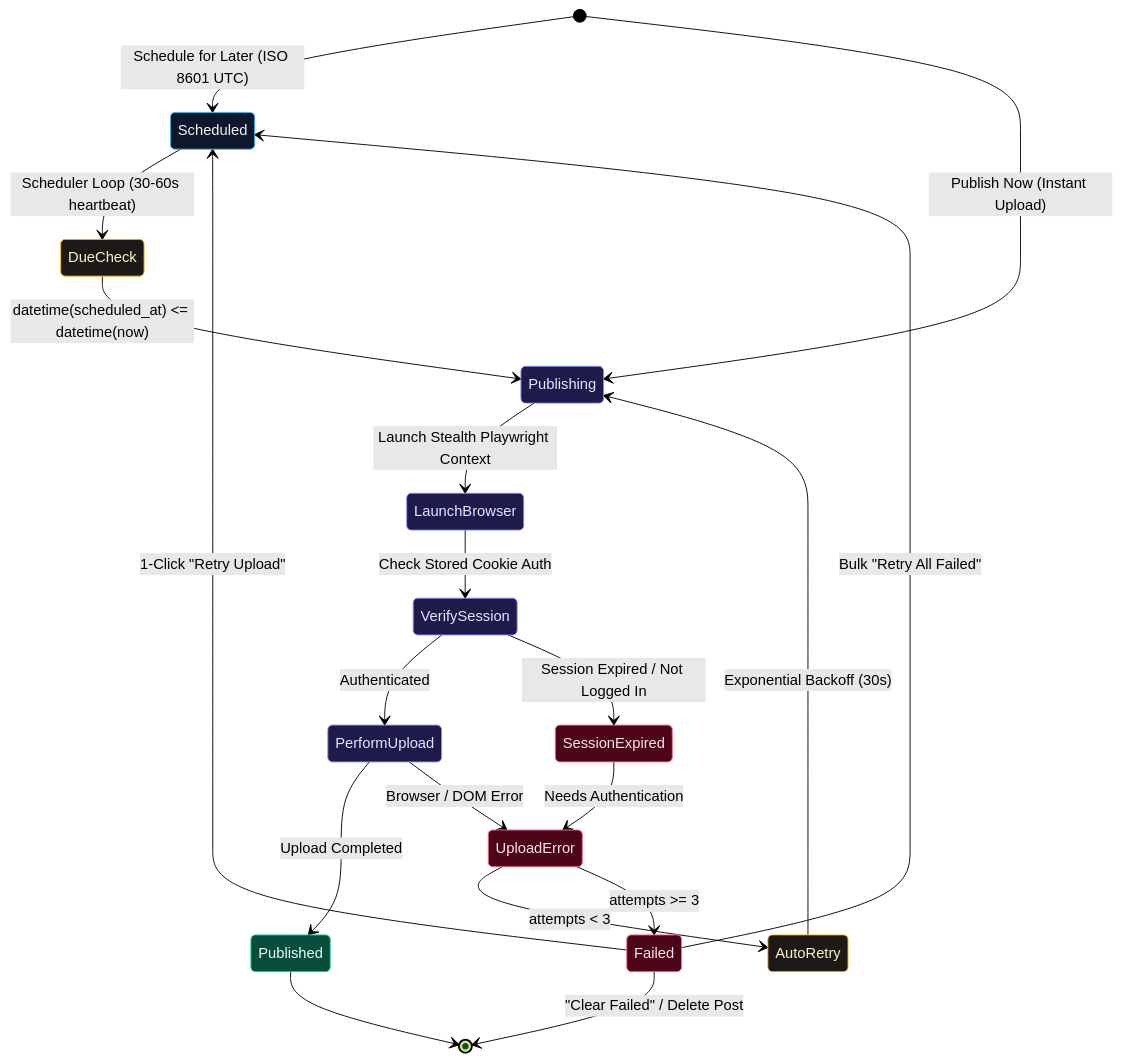
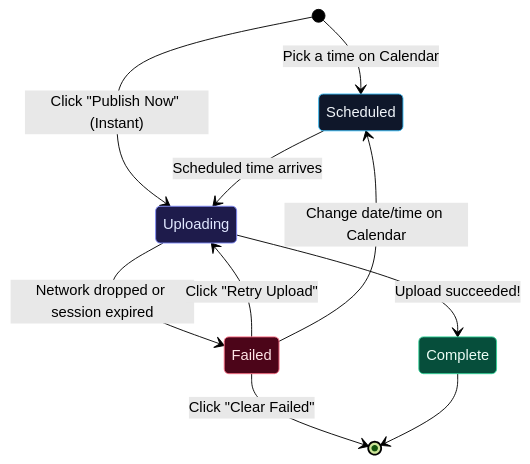
Before and after one commit to DivyamJoshi2005/Alfred: the second of 2 diagrams in backend/README.md, drawn with Mermaid (forest theme). The commit also changed other lines of this file and 1 other file, not shown here.

Commit message:
docs: rewrite READMEs in human-friendly, plain English with clear intuitive flowcharts

````diff
--- a/backend/README.md
+++ b/backend/README.md
@@ -236,40 +171,26 @@
 ```mermaid
 stateDiagram-v2
     classDef scheduled fill:#0f172a,stroke:#38bdf8,color:#f1f5f9
     classDef active fill:#1e1b4b,stroke:#818cf8,color:#e0e7ff
     classDef success fill:#064e3b,stroke:#34d399,color:#ecfdf5
     classDef error fill:#4c0519,stroke:#fb7185,color:#ffe4e6
-    classDef retry fill:#1c1917,stroke:#fbbf24,color:#fef3c7
 
-    [*] --> Scheduled: Schedule for Later (ISO 8601 UTC)
-    [*] --> Publishing: Publish Now (Instant Upload)
+    [*] --> Scheduled: Pick a time on Calendar
+    [*] --> Uploading: Click "Publish Now" (Instant)
 
-    Scheduled --> DueCheck: Scheduler Loop (30-60s heartbeat)
-    DueCheck --> Publishing: datetime(scheduled_at) <= datetime(now)
+    Scheduled --> Uploading: Scheduled time arrives
 
-    Publishing --> LaunchBrowser: Launch Stealth Playwright Context
-    LaunchBrowser --> VerifySession: Check Stored Cookie Auth
+    Uploading --> Complete: Upload succeeded!
+    Uploading --> Failed: Network dropped or session expired
 
-    VerifySession --> PerformUpload: Authenticated
-    VerifySession --> SessionExpired: Session Expired / Not Logged In
+    Failed --> Uploading: Click "Retry Upload"
+    Failed --> Scheduled: Change date/time on Calendar
+    Failed --> [*]: Click "Clear Failed"
 
-    PerformUpload --> Published: Upload Completed
-    PerformUpload --> UploadError: Browser / DOM Error
-    SessionExpired --> UploadError: Needs Authentication
-
-    UploadError --> AutoRetry: attempts < 3
-    AutoRetry --> Publishing: Exponential Backoff (30s)
-
-    UploadError --> Failed: attempts >= 3
-    Failed --> Scheduled: 1-Click "Retry Upload"
-    Failed --> Scheduled: Bulk "Retry All Failed"
-    Failed --> [*]: "Clear Failed" / Delete Post
-
-    Published --> [*]
+    Complete --> [*]
 
     class Scheduled scheduled
-    class Publishing,LaunchBrowser,VerifySession,PerformUpload active
-    class Published success
-    class SessionExpired,UploadError,Failed error
-    class DueCheck,AutoRetry retry
+    class Uploading active
+    class Complete success
+    class Failed error
 ```
````
